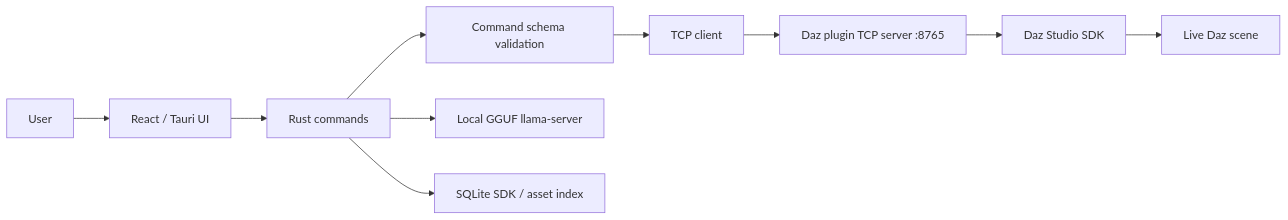
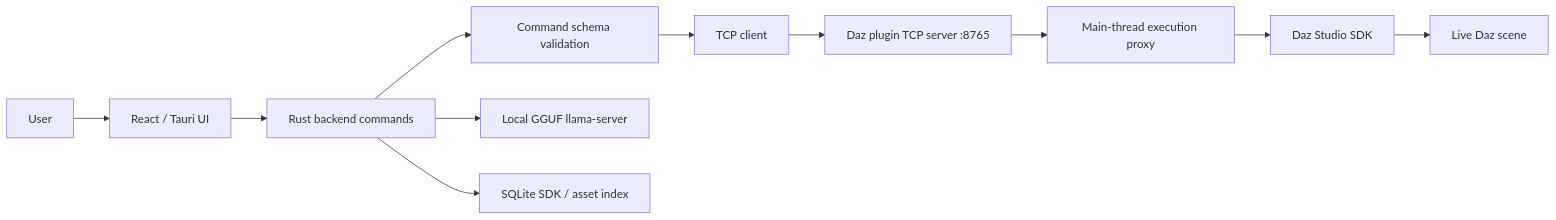
The diagram in docs/ARCHITECTURE.md (millsydotdev/DAZPilot), drawn with Mermaid before and after one commit. The commit also changed other lines of this file and 9 other files, not shown here.

````diff
--- a/docs/ARCHITECTURE.md
+++ b/docs/ARCHITECTURE.md
@@ -5,12 +7,13 @@
 ```mermaid
 flowchart LR
   User["User"] --> UI["React / Tauri UI"]
-  UI --> Rust["Rust commands"]
+  UI --> Rust["Rust backend commands"]
   Rust --> Validator["Command schema validation"]
   Validator --> Bridge["TCP client"]
   Bridge --> Plugin["Daz plugin TCP server :8765"]
-  Plugin --> SDK["Daz Studio SDK"]
+  Plugin --> Executor["Main-thread execution proxy"]
+  Executor --> SDK["Daz Studio SDK"]
   SDK --> Scene["Live Daz scene"]
   Rust --> LocalAI["Local GGUF llama-server"]
   Rust --> SQLite["SQLite SDK / asset index"]
 ```
````
